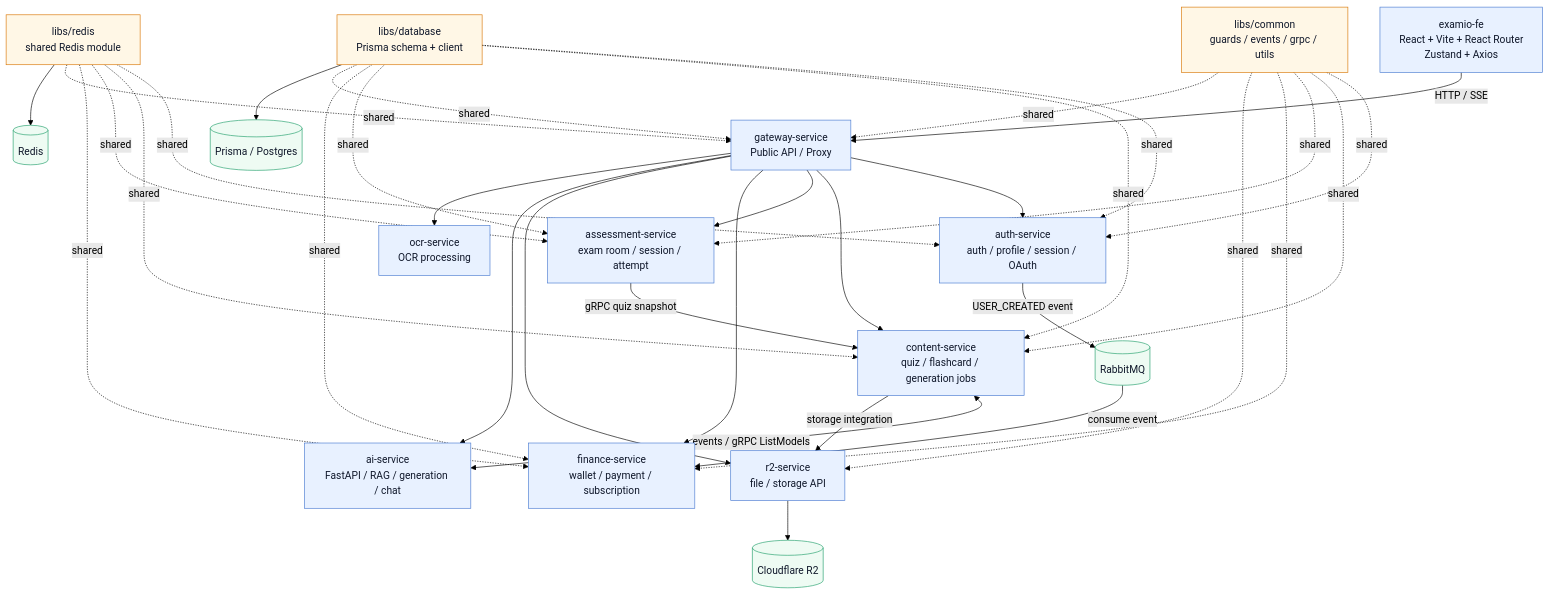
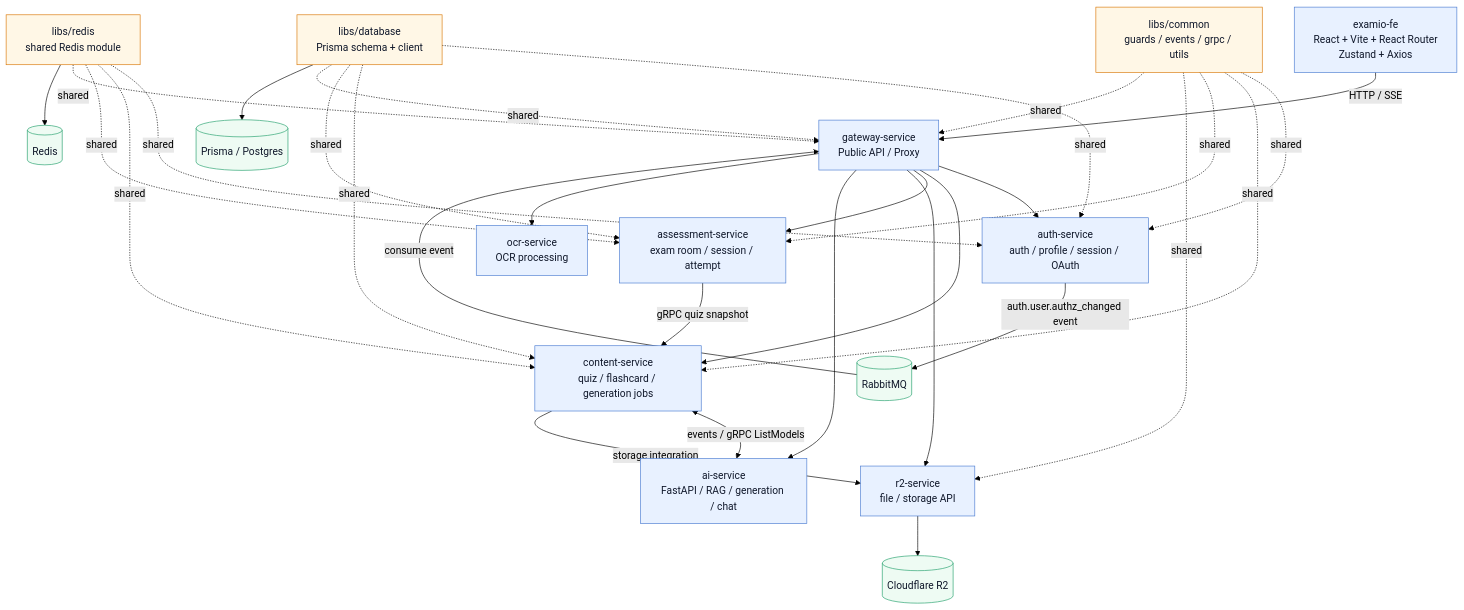
The diagram in architecture-overview.mmd (tgiap04/examio), drawn with Mermaid (forest theme) before and after one commit. The commit also changed 48 other files, not shown here.

Commit message:
docs: drop finance from architecture, system and feature docs

```diff
--- a/architecture-overview.mmd
+++ b/architecture-overview.mmd
@@ -1,52 +1,48 @@
 flowchart TB
     FE["examio-fe<br/>React + Vite + React Router<br/>Zustand + Axios"] -->|HTTP / SSE| GW["gateway-service<br/>Public API / Proxy"]
 
     GW --> AUTH["auth-service<br/>auth / profile / session / OAuth"]
     GW --> CONTENT["content-service<br/>quiz / flashcard / generation jobs"]
     GW --> ASSESS["assessment-service<br/>exam room / session / attempt"]
-    GW --> FIN["finance-service<br/>wallet / payment / subscription"]
     GW --> R2S["r2-service<br/>file / storage API"]
     GW --> AI["ai-service<br/>FastAPI / RAG / generation / chat"]
     GW --> OCR["ocr-service<br/>OCR processing"]
 
-    AUTH -->|USER_CREATED event| MQ[(RabbitMQ)]
-    MQ -->|consume event| FIN
+    AUTH -->|auth.user.authz_changed event| MQ[(RabbitMQ)]
+    MQ -->|consume event| GW
 
     CONTENT <-->|events / gRPC ListModels| AI
     CONTENT -->|storage integration| R2S
     ASSESS -->|gRPC quiz snapshot| CONTENT
     R2S --> R2[(Cloudflare R2)]
 
     COMMON["libs/common<br/>guards / events / grpc / utils"]
     DBLIB["libs/database<br/>Prisma schema + client"]
     REDISLIB["libs/redis<br/>shared Redis module"]
 
     COMMON -. shared .-> AUTH
     COMMON -. shared .-> CONTENT
     COMMON -. shared .-> ASSESS
-    COMMON -. shared .-> FIN
     COMMON -. shared .-> R2S
     COMMON -. shared .-> GW
 
     DBLIB -. shared .-> AUTH
     DBLIB -. shared .-> CONTENT
     DBLIB -. shared .-> ASSESS
-    DBLIB -. shared .-> FIN
     DBLIB -. shared .-> GW
 
     REDISLIB -. shared .-> AUTH
     REDISLIB -. shared .-> CONTENT
     REDISLIB -. shared .-> ASSESS
-    REDISLIB -. shared .-> FIN
     REDISLIB -. shared .-> GW
 
     DBLIB --> PG[(Prisma / Postgres)]
     REDISLIB --> REDIS[(Redis)]
 
     classDef app fill:#e8f1ff,stroke:#4a7bd1,color:#0f172a
     classDef infra fill:#eefbf3,stroke:#22a06b,color:#0f172a
     classDef shared fill:#fff7e6,stroke:#d97706,color:#0f172a
 
-    class FE,GW,AUTH,CONTENT,ASSESS,FIN,R2S,AI,OCR app
+    class FE,GW,AUTH,CONTENT,ASSESS,R2S,AI,OCR app
     class MQ,R2,PG,REDIS infra
     class COMMON,DBLIB,REDISLIB shared
```
